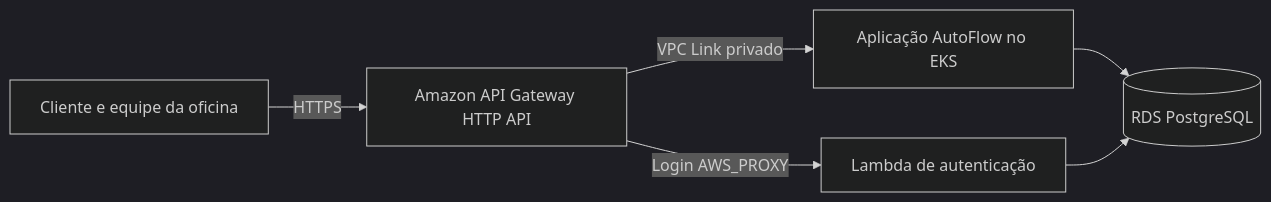
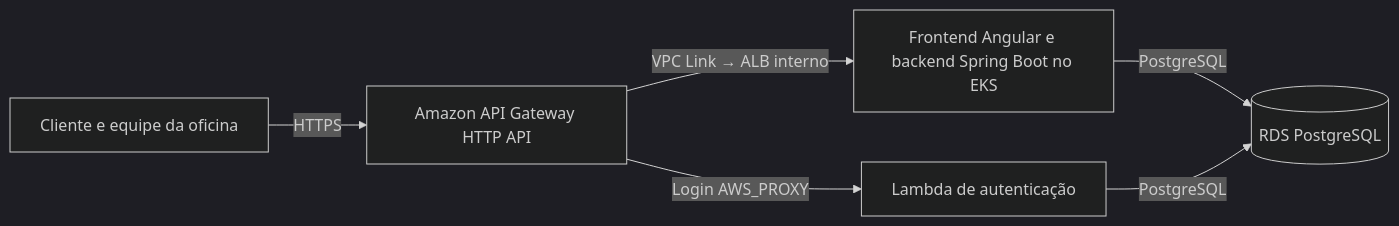
One commit to BrunoSousa06/autoflow-infra changed the first of 8 diagrams in docs/api-gateway/arquitetura.md. Above: the diagram before and after it, drawn with Mermaid (dark theme). The commit also changed other lines of this file and 5 other files, not shown here.

````diff
--- a/docs/api-gateway/arquitetura.md
+++ b/docs/api-gateway/arquitetura.md
@@ -24,8 +24,8 @@
 ```mermaid
 flowchart LR
   U[Cliente e equipe da oficina] -->|HTTPS| API[Amazon API Gateway HTTP API]
   API -->|Login AWS_PROXY| L[Lambda de autenticação]
-  API -->|VPC Link privado| APP[Aplicação AutoFlow no EKS]
-  APP --> DB[(RDS PostgreSQL)]
-  L --> DB
+  API -->|VPC Link → ALB interno| APP[Frontend Angular e backend Spring Boot no EKS]
+  APP -->|PostgreSQL| DB[(RDS PostgreSQL)]
+  L -->|PostgreSQL| DB
 ```
````
